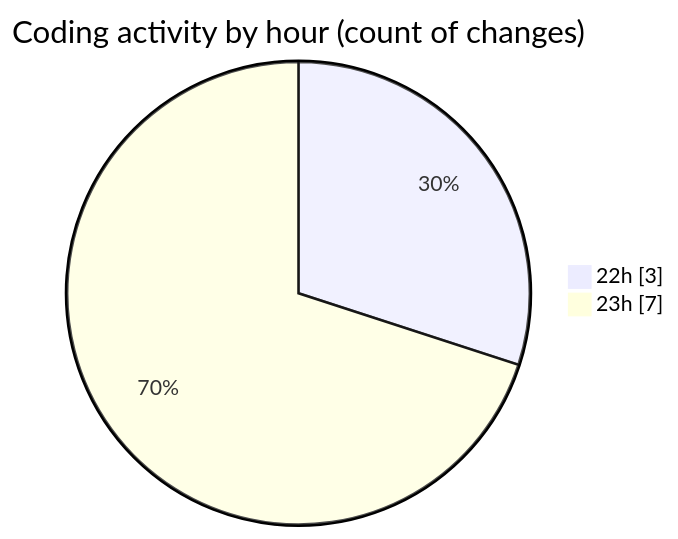
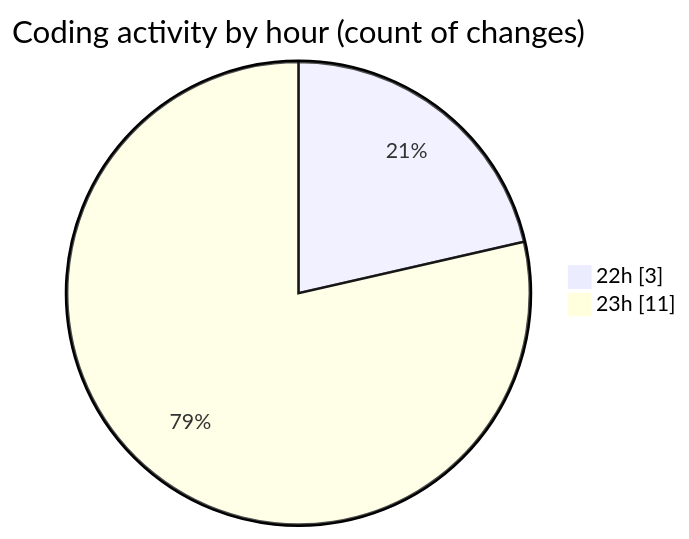
Before and after one commit to donsfak/code-tracking: the second of 2 diagrams in 2025-03-13/ai_agent/README.md, drawn with Mermaid. The commit also changed other lines of this file and 1 other file, not shown here.

````diff
--- a/2025-03-13/ai_agent/README.md
+++ b/2025-03-13/ai_agent/README.md
@@ -36,6 +37,6 @@
 ```mermaid
 pie showData
 title Coding activity by hour (count of changes)
 "22h" : 3
-"23h" : 7
+"23h" : 11
 ```
````
